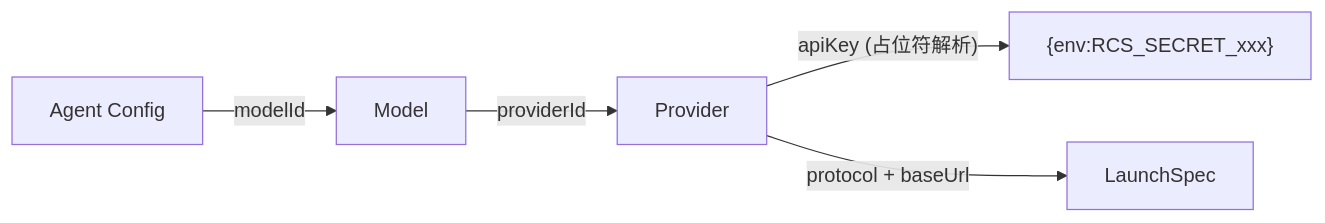
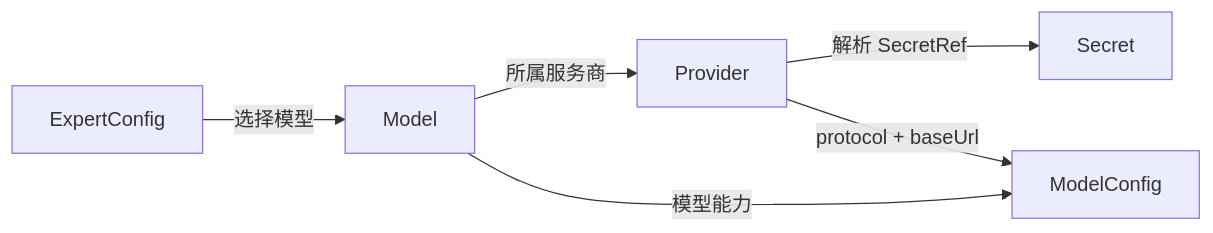
Before and after one commit to HuangPuStar/FenixAgent: the diagram in docs/arch/06-config-provider.md, drawn with Mermaid. The commit also changed other lines of this file and 13 other files, not shown here.

````diff
--- a/docs/arch/06-config-provider.md
+++ b/docs/arch/06-config-provider.md
@@ -9,7 +11,8 @@
 ```mermaid
 flowchart LR
-    AC[Agent Config] -->|modelId| M[Model]
-    M -->|providerId| P[Provider]
-    P -->|"apiKey (占位符解析)"| S["{env:RCS_SECRET_xxx}"]
-    P -->|protocol + baseUrl| L[LaunchSpec]
+    EC[ExpertConfig] -->|选择模型| M[Model]
+    M -->|所属服务商| P[Provider]
+    P -->|解析 SecretRef| S[Secret]
+    M -->|模型能力| L[ModelConfig]
+    P -->|protocol + baseUrl| L
 ```
````
